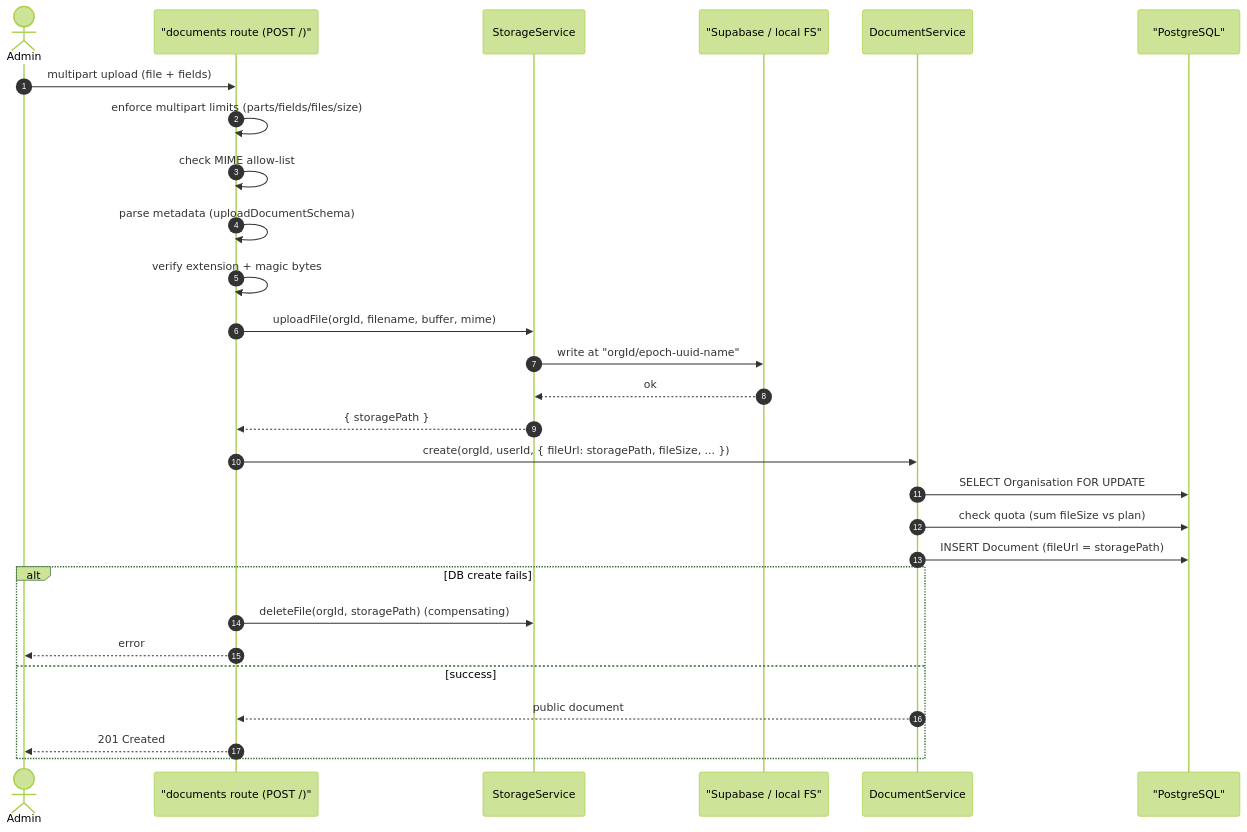
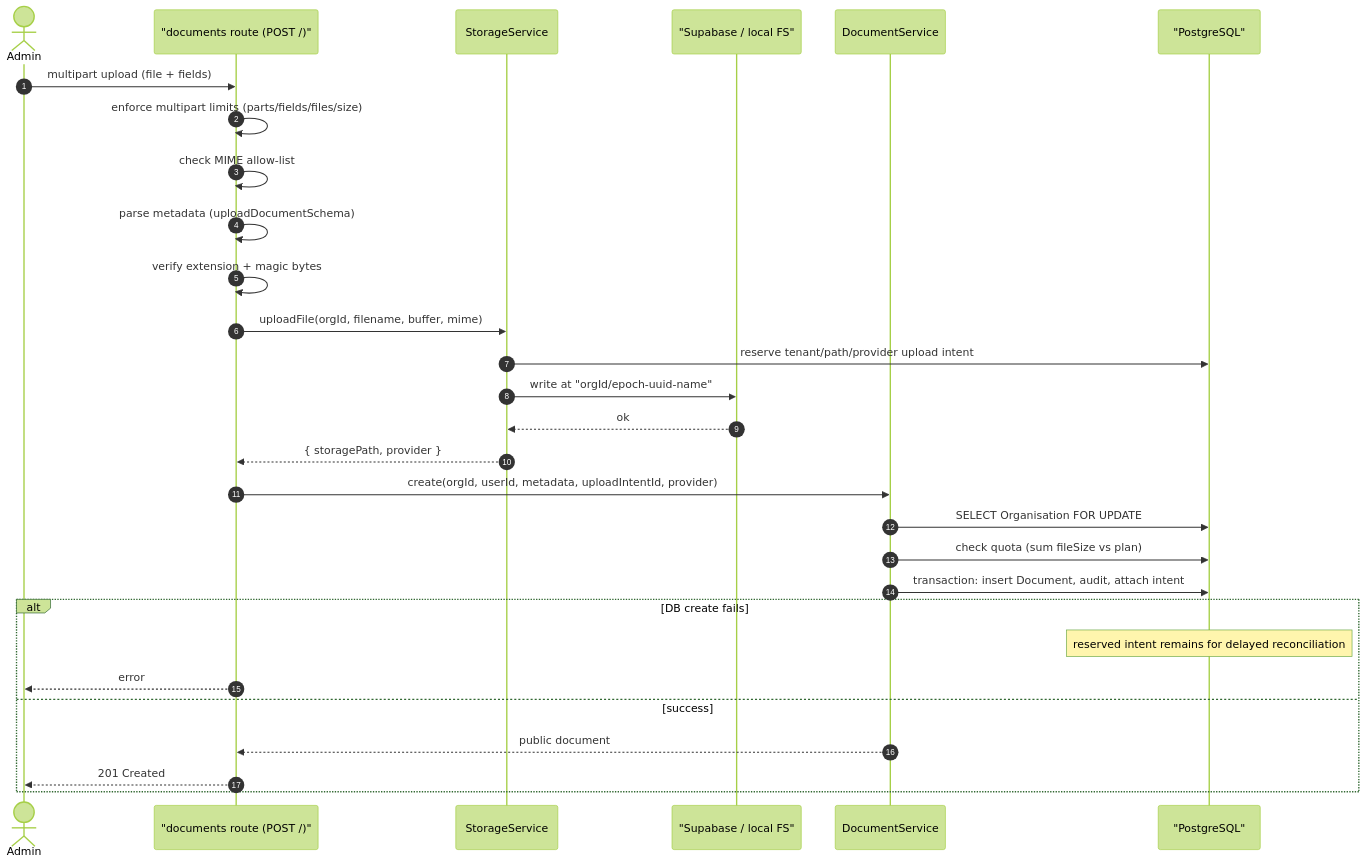
Before and after one commit to jasperfordesq-ai/charity-governance: the first of 3 diagrams in docs/architecture/06-document-storage.md, drawn with Mermaid (forest theme). The commit also changed other lines of this file and 332 other files, not shown here.

````diff
--- a/docs/architecture/06-document-storage.md
+++ b/docs/architecture/06-document-storage.md
@@ -75,31 +206,32 @@
 ```mermaid
 sequenceDiagram
     autonumber
     actor Admin
     participant Route as "documents route (POST /)"
     participant Storage as StorageService
     participant Store as "Supabase / local FS"
     participant Doc as DocumentService
     participant DB as "PostgreSQL"
 
     Admin->>Route: multipart upload (file + fields)
     Route->>Route: enforce multipart limits (parts/fields/files/size)
     Route->>Route: check MIME allow-list
     Route->>Route: parse metadata (uploadDocumentSchema)
     Route->>Route: verify extension + magic bytes
     Route->>Storage: uploadFile(orgId, filename, buffer, mime)
+    Storage->>DB: reserve tenant/path/provider upload intent
     Storage->>Store: write at "orgId/epoch-uuid-name"
     Store-->>Storage: ok
-    Storage-->>Route: { storagePath }
-    Route->>Doc: create(orgId, userId, { fileUrl: storagePath, fileSize, ... })
+    Storage-->>Route: { storagePath, provider }
+    Route->>Doc: create(orgId, userId, metadata, uploadIntentId, provider)
     Doc->>DB: SELECT Organisation FOR UPDATE
     Doc->>DB: check quota (sum fileSize vs plan)
-    Doc->>DB: INSERT Document (fileUrl = storagePath)
+    Doc->>DB: transaction: insert Document, audit, attach intent
     alt DB create fails
-        Route->>Storage: deleteFile(orgId, storagePath) (compensating)
+        Note over DB: reserved intent remains for delayed reconciliation
         Route-->>Admin: error
     else success
         Doc-->>Route: public document
         Route-->>Admin: 201 Created
     end
 ```
````
